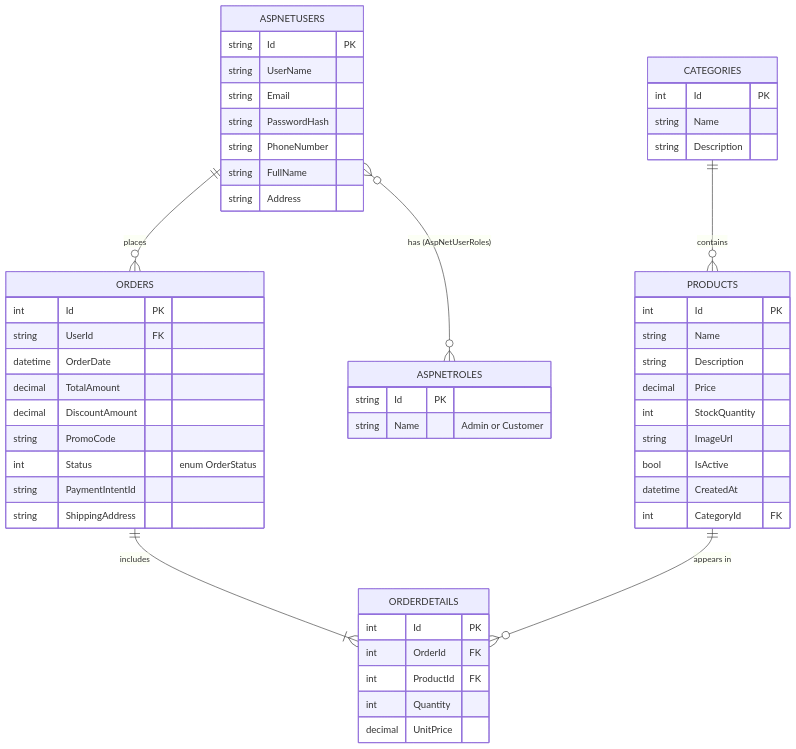
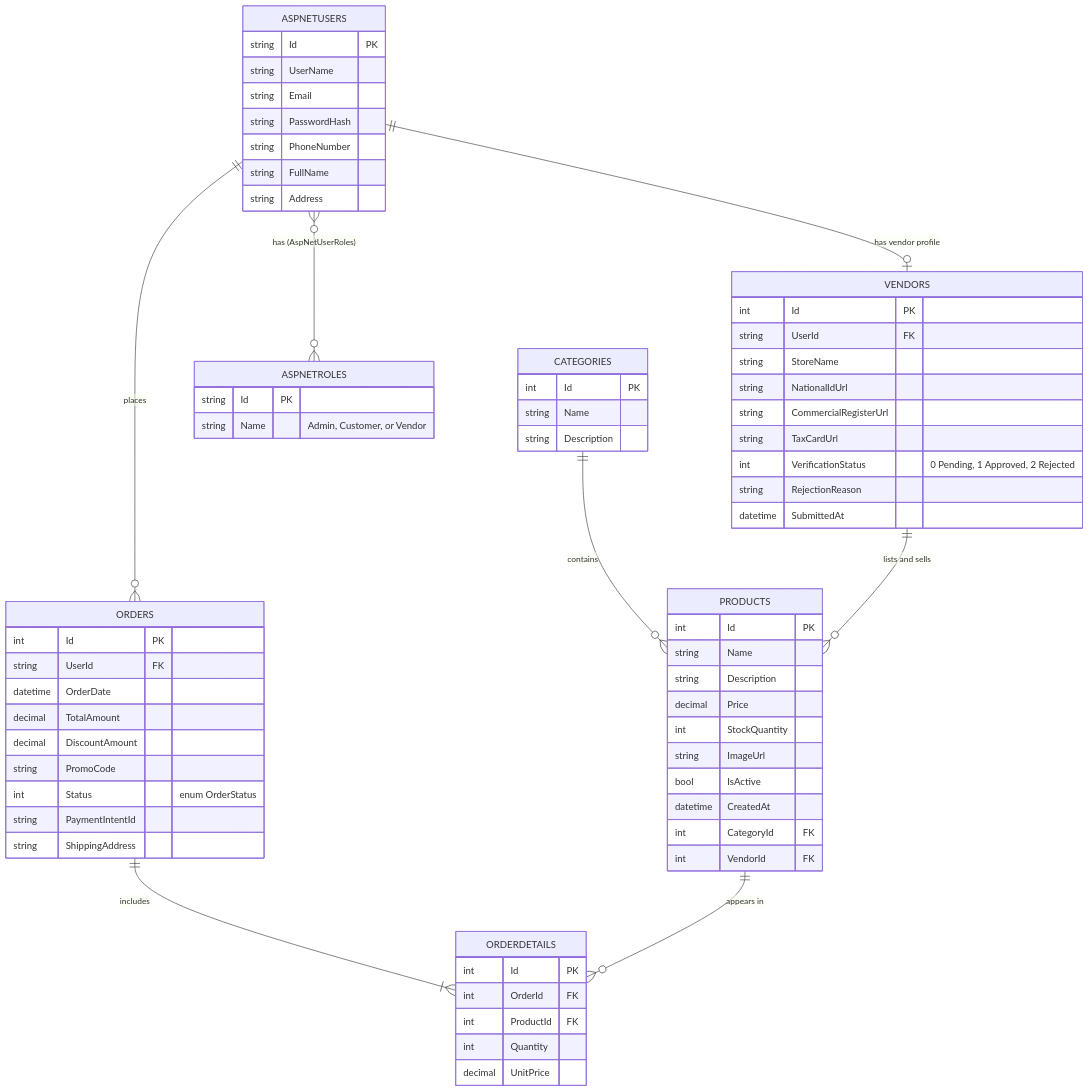
The first of 2 diagrams in docs/System-Analysis-Design/03-Database-Design.md (ahmadalrudiny/Techxpress_DEPI_Project), drawn with Mermaid before and after one commit. The commit also changed other lines of this file, not shown here.

````diff
--- a/docs/System-Analysis-Design/03-Database-Design.md
+++ b/docs/System-Analysis-Design/03-Database-Design.md
@@ -5,56 +5,70 @@
 ```mermaid
 erDiagram
     ASPNETUSERS ||--o{ ORDERS : places
+    ASPNETUSERS ||--o| VENDORS : "has vendor profile"
     ASPNETUSERS }o--o{ ASPNETROLES : "has (AspNetUserRoles)"
     CATEGORIES ||--o{ PRODUCTS : contains
     ORDERS ||--|{ ORDERDETAILS : includes
     PRODUCTS ||--o{ ORDERDETAILS : "appears in"
+    VENDORS ||--o{ PRODUCTS : "lists and sells"
 
     ASPNETUSERS {
         string Id PK
         string UserName
         string Email
         string PasswordHash
         string PhoneNumber
         string FullName
         string Address
     }
     ASPNETROLES {
         string Id PK
-        string Name "Admin or Customer"
+        string Name "Admin, Customer, or Vendor"
+    }
+    VENDORS {
+        int Id PK
+        string UserId FK
+        string StoreName
+        string NationalIdUrl
+        string CommercialRegisterUrl
+        string TaxCardUrl
+        int VerificationStatus "0 Pending, 1 Approved, 2 Rejected"
+        string RejectionReason
+        datetime SubmittedAt
     }
     CATEGORIES {
         int Id PK
         string Name
         string Description
     }
     PRODUCTS {
         int Id PK
         string Name
         string Description
         decimal Price
         int StockQuantity
         string ImageUrl
         bool IsActive
         datetime CreatedAt
         int CategoryId FK
+        int VendorId FK
     }
     ORDERS {
         int Id PK
         string UserId FK
         datetime OrderDate
         decimal TotalAmount
         decimal DiscountAmount
         string PromoCode
         int Status "enum OrderStatus"
         string PaymentIntentId
         string ShippingAddress
     }
     ORDERDETAILS {
         int Id PK
         int OrderId FK
         int ProductId FK
         int Quantity
         decimal UnitPrice
     }
 ```
````
